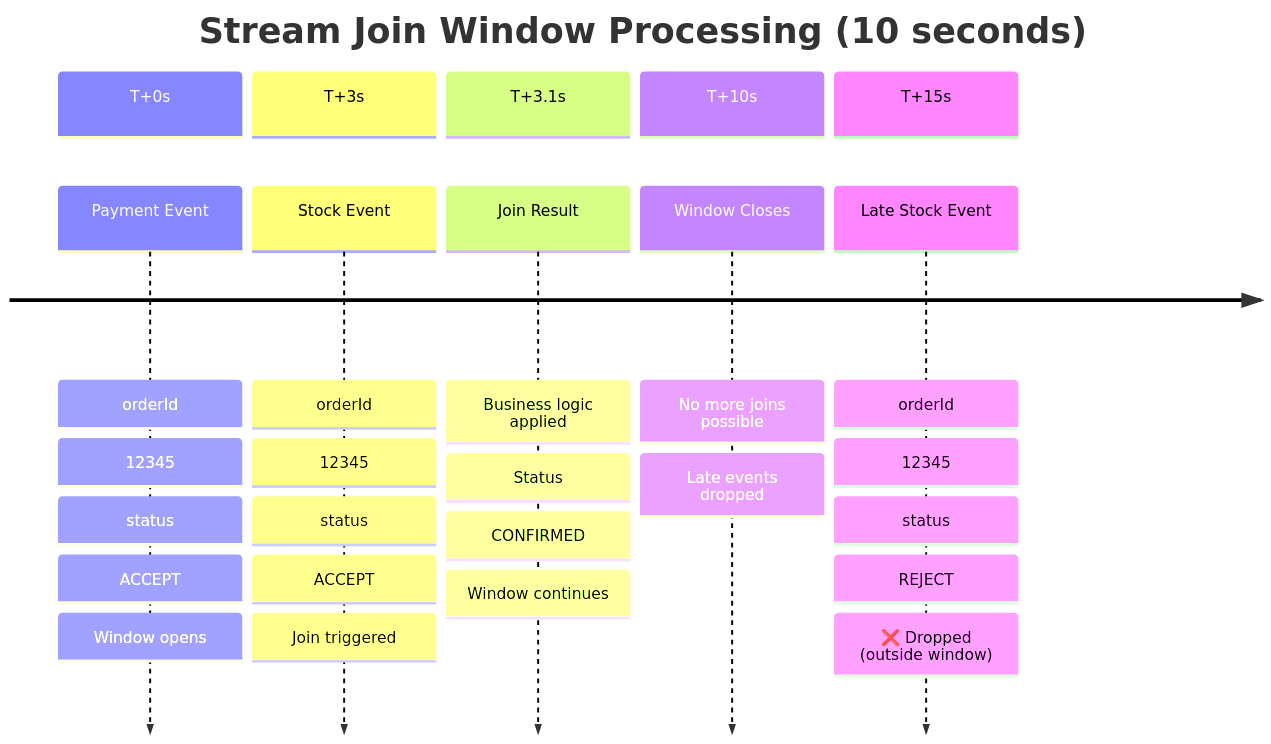
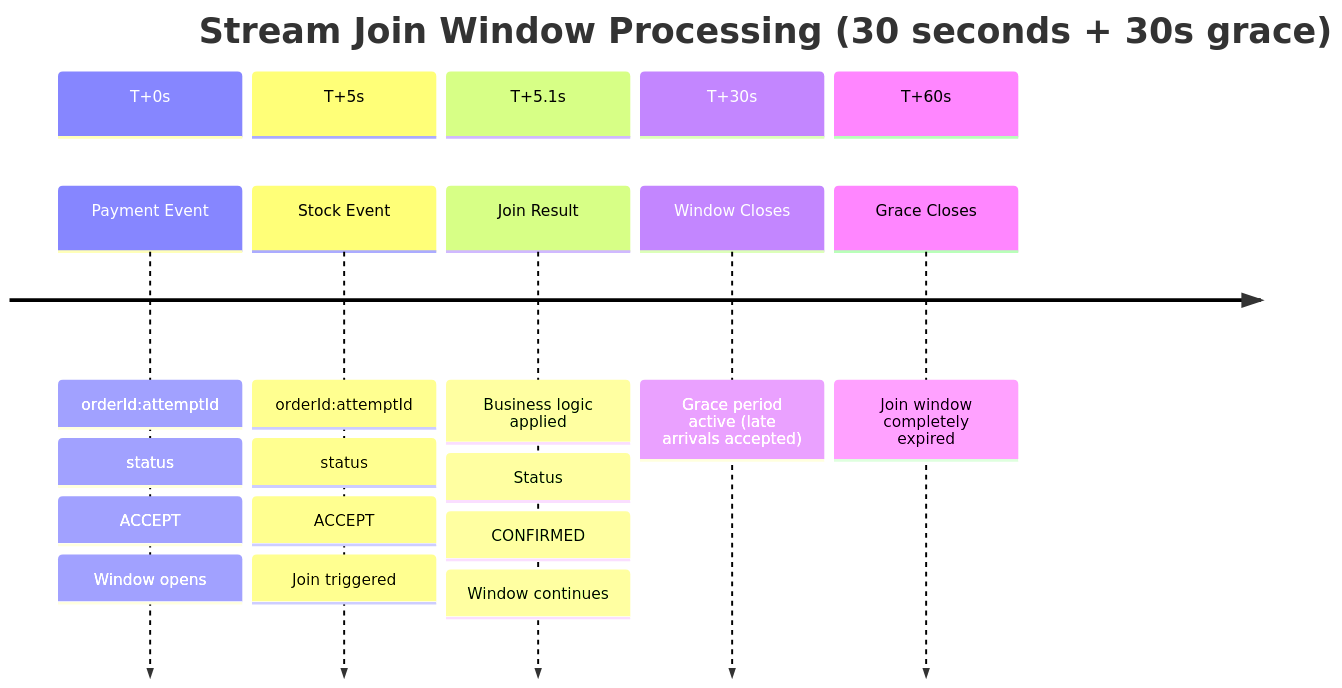
The fourth of 4 diagrams in order-service/docs/kafka-streams/05-data-flow-and-processing.md (rajadilipkolli/spring-boot-microservices-series-v2), drawn with Mermaid before and after one commit. The commit also changed other lines of this file and 51 other files, not shown here.

````diff
--- a/order-service/docs/kafka-streams/05-data-flow-and-processing.md
+++ b/order-service/docs/kafka-streams/05-data-flow-and-processing.md
@@ -535,19 +547,19 @@
 ```mermaid
 timeline
-    title Stream Join Window Processing (10 seconds)
+    title Stream Join Window Processing (30 seconds + 30s grace)
     
     section T+0s
-        Payment Event : orderId: 12345 : status: ACCEPT : Window opens
+        Payment Event : orderId:attemptId : status: ACCEPT : Window opens
     
-    section T+3s
-        Stock Event : orderId: 12345 : status: ACCEPT : Join triggered
+    section T+5s
+        Stock Event : orderId:attemptId : status: ACCEPT : Join triggered
         
-    section T+3.1s
+    section T+5.1s
         Join Result : Business logic applied : Status: CONFIRMED : Window continues
         
-    section T+10s
-        Window Closes : No more joins possible : Late events dropped
+    section T+30s
+        Window Closes : Grace period active (late arrivals accepted)
         
-    section T+15s
-        Late Stock Event : orderId: 12345 : status: REJECT : ❌ Dropped (outside window)
+    section T+60s
+        Grace Closes : Join window completely expired
 ```
````
